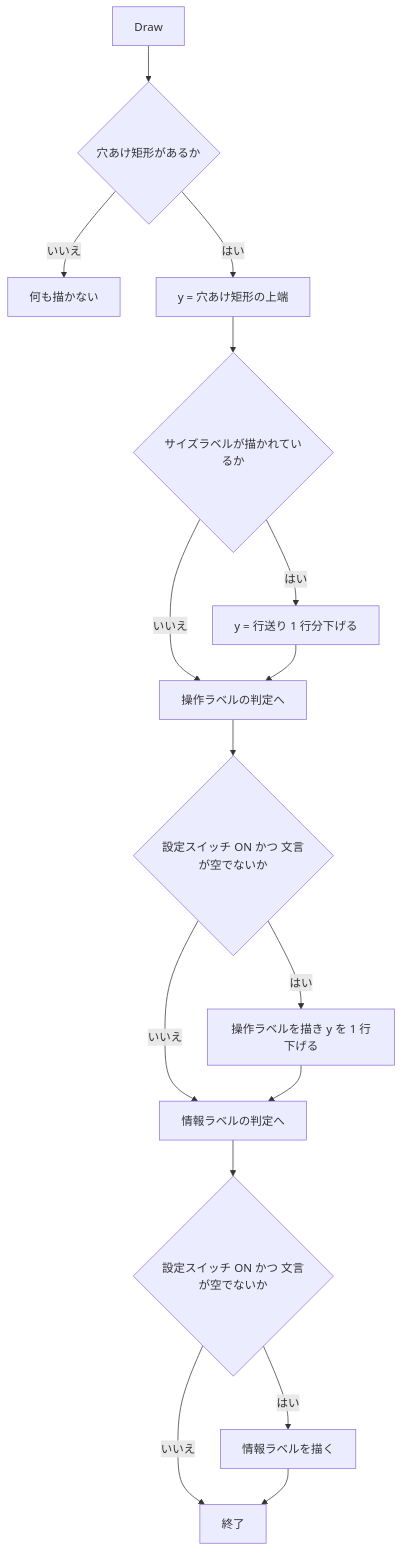
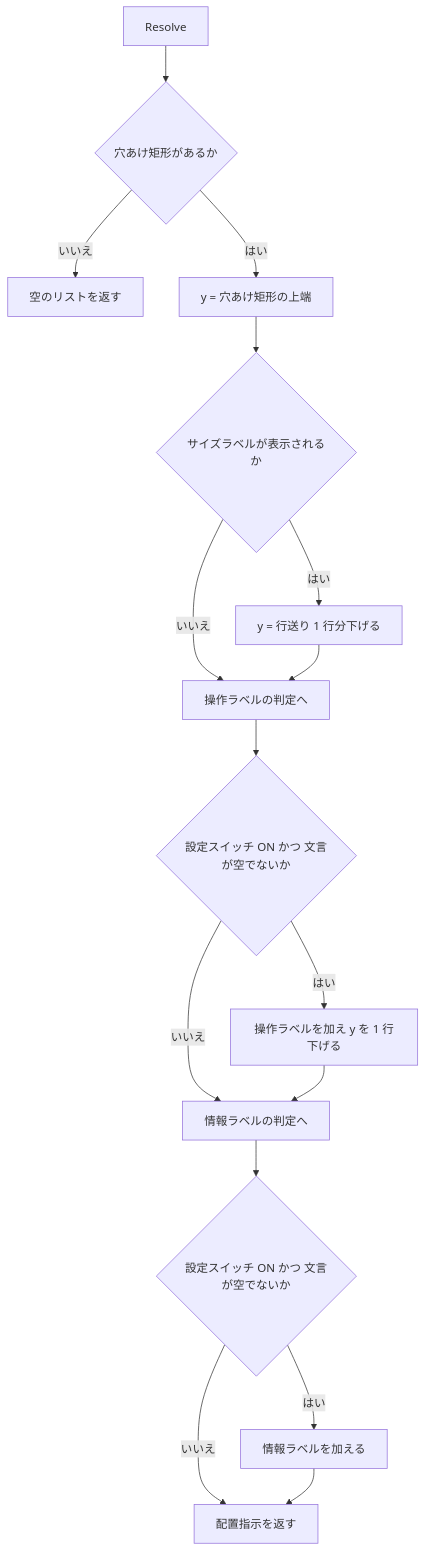
The fifth of 5 diagrams in src/FadeMaskDragRectControl.UIBase/SPEC_System.md (tomokuni/SaveEvidence), drawn with Mermaid before and after one commit. The commit also changed other lines of this file and 83 other files, not shown here.

````diff
--- a/src/FadeMaskDragRectControl.UIBase/SPEC_System.md
+++ b/src/FadeMaskDragRectControl.UIBase/SPEC_System.md
@@ -119,18 +124,18 @@
 ```mermaid
 flowchart TD
-  A[Draw] --> B{穴あけ矩形があるか}
-  B -- いいえ --> Z[何も描かない]
+  A[Resolve] --> B{穴あけ矩形があるか}
+  B -- いいえ --> Z[空のリストを返す]
   B -- はい --> C[y = 穴あけ矩形の上端]
-  C --> D{サイズラベルが描かれているか}
+  C --> D{サイズラベルが表示されるか}
   D -- はい --> E[y = 行送り 1 行分下げる]
   D -- いいえ --> F[操作ラベルの判定へ]
   E --> F
   F --> G{設定スイッチ ON かつ 文言が空でないか}
-  G -- はい --> H[操作ラベルを描き y を 1 行下げる]
+  G -- はい --> H[操作ラベルを加え y を 1 行下げる]
   G -- いいえ --> I[情報ラベルの判定へ]
   H --> I
   I --> J{設定スイッチ ON かつ 文言が空でないか}
-  J -- はい --> K[情報ラベルを描く]
-  J -- いいえ --> Z2[終了]
+  J -- はい --> K[情報ラベルを加える]
+  J -- いいえ --> Z2[配置指示を返す]
   K --> Z2
 ```
````
